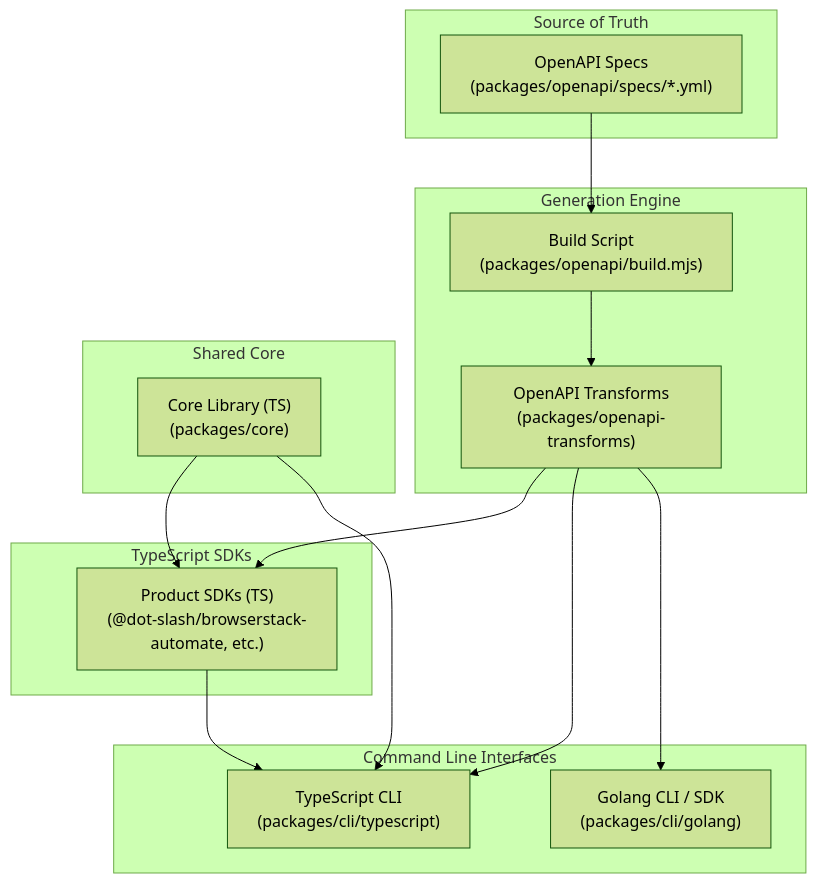
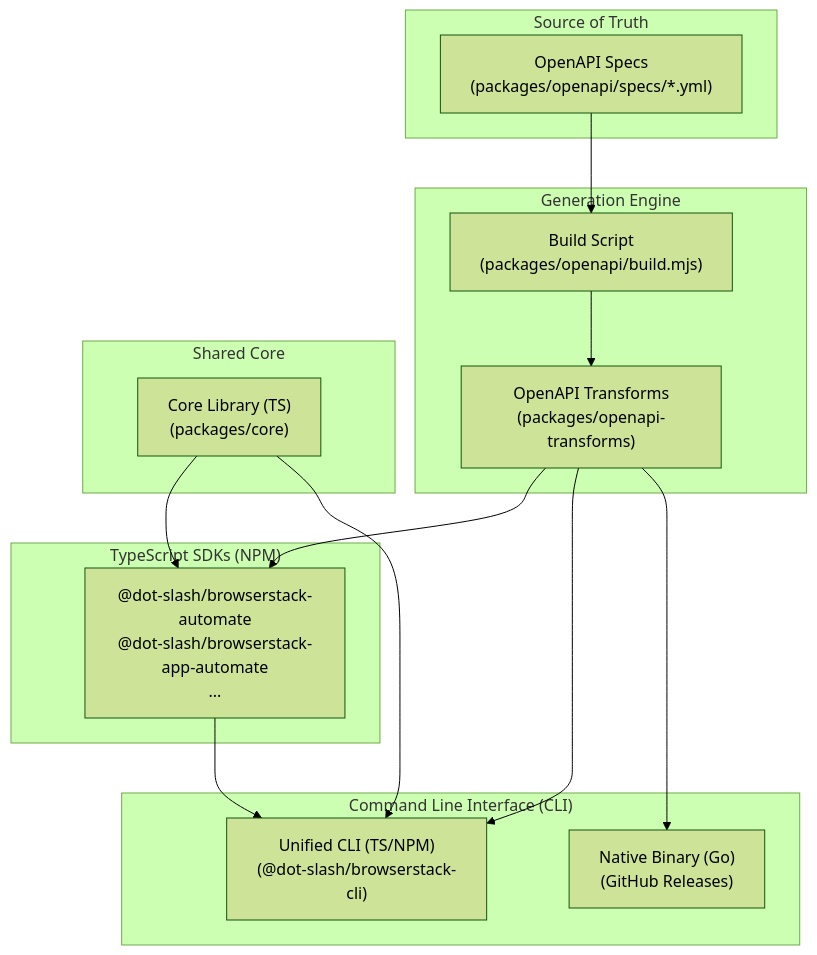
Before and after one commit to shirish87/browserstack-client: the diagram in docs/architecture.md, drawn with Mermaid (forest theme). The commit also changed other lines of this file and 18 other files, not shown here.

````diff
--- a/docs/architecture.md
+++ b/docs/architecture.md
@@ -9,36 +9,36 @@
 ```mermaid
 graph TD
     subgraph "Source of Truth"
         Specs["OpenAPI Specs<br/>(packages/openapi/specs/*.yml)"]
     end
 
     subgraph "Generation Engine"
         Transforms["OpenAPI Transforms<br/>(packages/openapi-transforms)"]
         Build["Build Script<br/>(packages/openapi/build.mjs)"]
     end
 
     subgraph "Shared Core"
         Core["Core Library (TS)<br/>(packages/core)"]
     end
 
-    subgraph "TypeScript SDKs"
-        SDK_TS["Product SDKs (TS)<br/>(@dot-slash/browserstack-automate, etc.)"]
+    subgraph "TypeScript SDKs (NPM)"
+        SDK_TS["@dot-slash/browserstack-automate<br/>@dot-slash/browserstack-app-automate<br/>..."]
     end
 
-    subgraph "Command Line Interfaces"
-        CLI_TS["TypeScript CLI<br/>(packages/cli/typescript)"]
-        CLI_GO["Golang CLI / SDK<br/>(packages/cli/golang)"]
+    subgraph "Command Line Interface (CLI)"
+        CLI_TS["Unified CLI (TS/NPM)<br/>(@dot-slash/browserstack-cli)"]
+        CLI_GO["Native Binary (Go)<br/>(GitHub Releases)"]
     end
 
     %% Dependencies
     Specs --> Build
     Build --> Transforms
     Transforms --> SDK_TS
     Transforms --> CLI_TS
     Transforms --> CLI_GO
 
     Core --> SDK_TS
     Core --> CLI_TS
     
     SDK_TS --> CLI_TS
 ```
````
